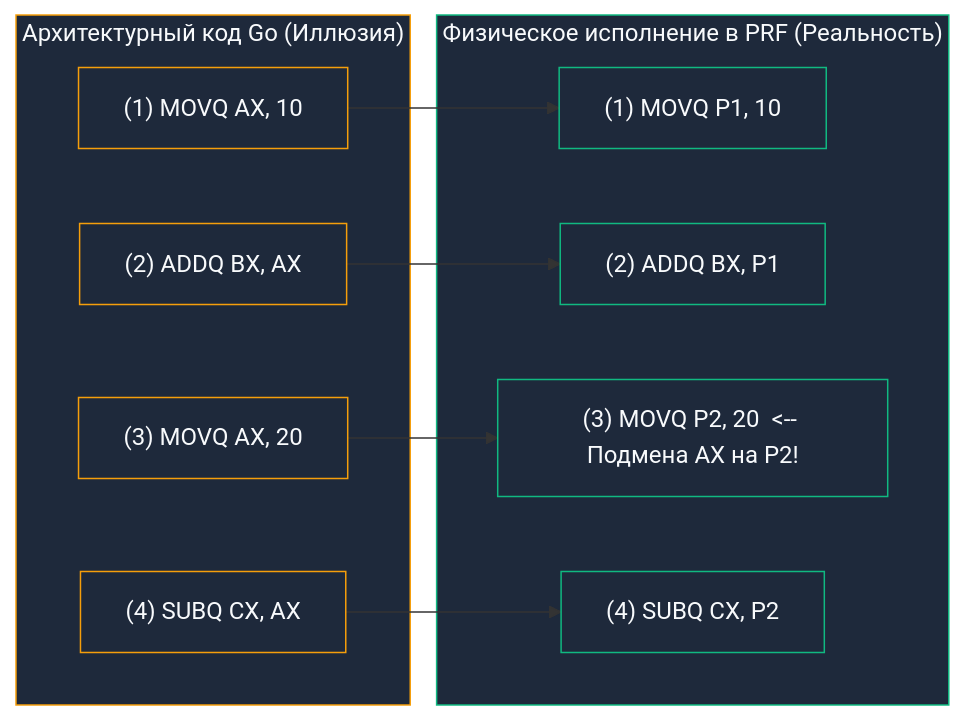
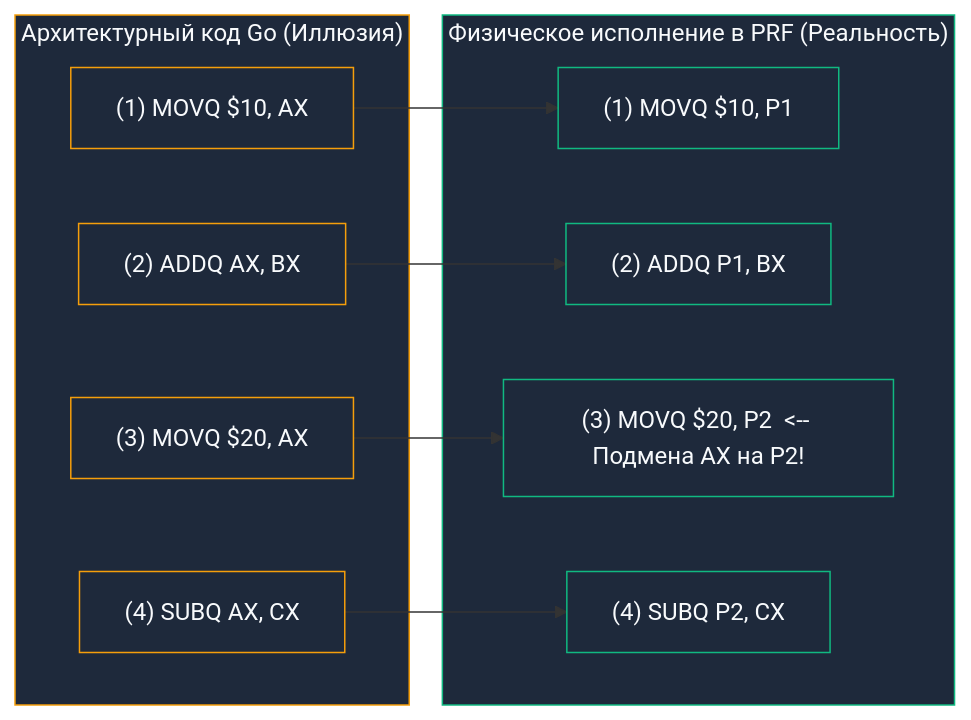
One commit to UnrealTemplier/go-textbook-ru changed the third of 3 diagrams in sources/1. Архитектура компьютера/12. Суперскалярность, Out Of Order Execution и Register Renaming.md. Above: the diagram before and after it, drawn with Mermaid. The commit also changed other lines of this file and 77 other files, not shown here.

````diff
--- a/sources/1. Архитектура компьютера/12. Суперскалярность, Out Of Order Execution и Register Renaming.md
+++ b/sources/1. Архитектура компьютера/12. Суперскалярность, Out Of Order Execution и Register Renaming.md
@@ -150,26 +151,26 @@
 ```mermaid
 flowchart LR
     subgraph ArchCode ["Архитектурный код Go (Иллюзия)"]
-        I1["(1) MOVQ AX, 10"]
-        I2["(2) ADDQ BX, AX"]
-        I3["(3) MOVQ AX, 20"]
-        I4["(4) SUBQ CX, AX"]
+        I1["(1) MOVQ $10, AX"]
+        I2["(2) ADDQ AX, BX"]
+        I3["(3) MOVQ $20, AX"]
+        I4["(4) SUBQ AX, CX"]
     end
 
     subgraph PhysCode ["Физическое исполнение в PRF (Реальность)"]
-        P1["(1) MOVQ P1, 10"]
-        P2["(2) ADDQ BX, P1"]
-        P3["(3) MOVQ P2, 20  <-- Подмена AX на P2!"]
-        P4["(4) SUBQ CX, P2"]
+        P1["(1) MOVQ $10, P1"]
+        P2["(2) ADDQ P1, BX"]
+        P3["(3) MOVQ $20, P2  <-- Подмена AX на P2!"]
+        P4["(4) SUBQ P2, CX"]
     end
 
     I1 --> P1
     I2 --> P2
     I3 --> P3
     I4 --> P4
 
     classDef arch fill:#1e293b,stroke:#f59e0b,stroke-width:1px,color:#f8fafc;
     classDef phys fill:#1e293b,stroke:#10b981,stroke-width:1px,color:#f8fafc;
     class ArchCode,I1,I2,I3,I4 arch;
     class PhysCode,P1,P2,P3,P4 phys;
 ```
````
